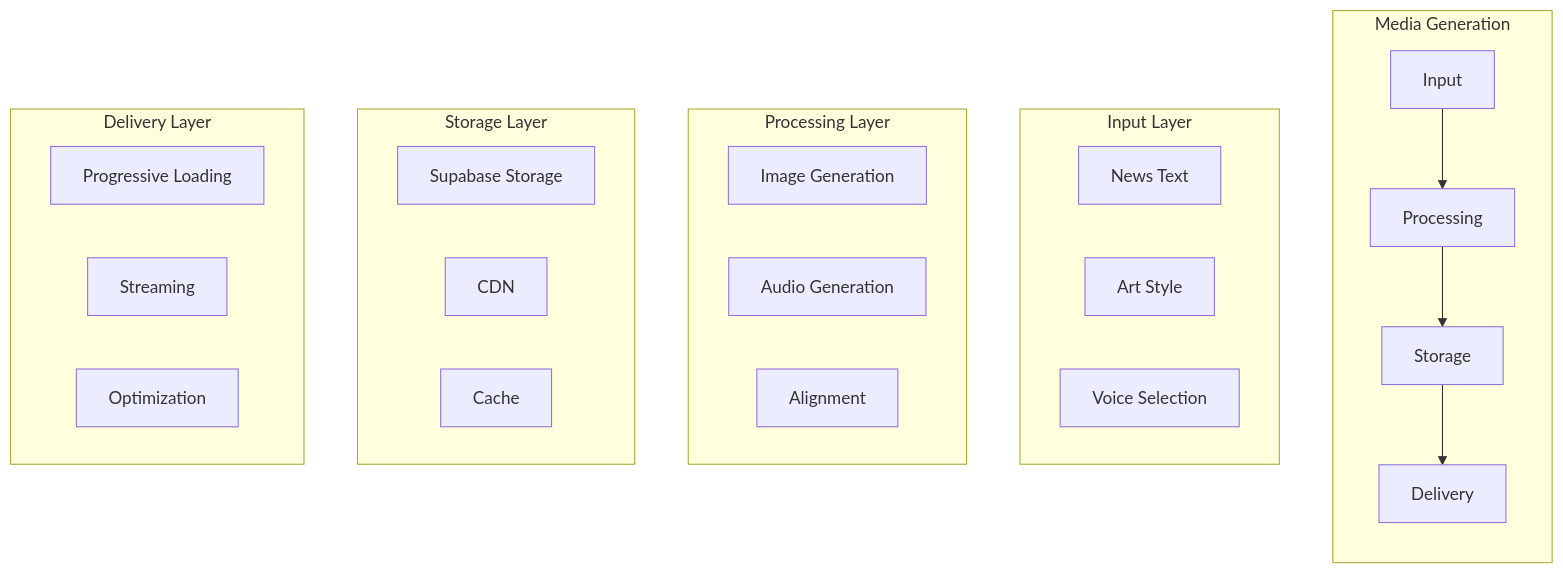
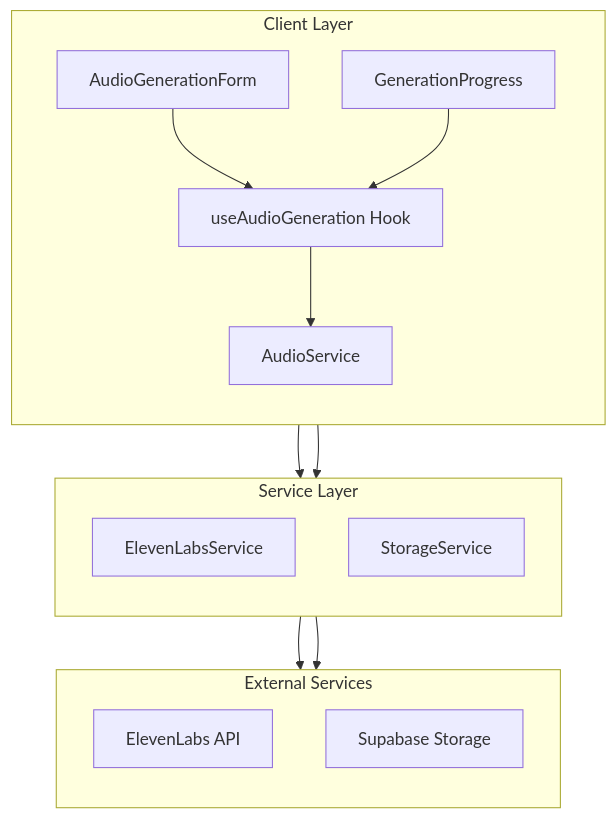
One commit to moisestech/ai24-news changed the first of 15 diagrams in docs/media-generation.md. Above: the diagram before and after it, drawn with Mermaid. The commit also changed other lines of this file and 8 other files, not shown here.

````diff
--- a/docs/media-generation.md
+++ b/docs/media-generation.md
@@ -7,42 +13,32 @@
 ```mermaid
 graph TD
-    subgraph Media["Media Generation"]
+    subgraph Client["Client Layer"]
         direction TB
-        A[Input]:::input
-        B[Processing]:::processing
-        C[Storage]:::storage
-        D[Delivery]:::delivery
+        A[useAudioGeneration Hook]:::hook
+        B[AudioGenerationForm]:::component
+        C[GenerationProgress]:::component
         
-        A --> B
-        B --> C
-        C --> D
+        A --> D[AudioService]
+        B --> A
+        C --> A
     end
 
-    subgraph Input["Input Layer"]
-        direction LR
-        E[News Text]:::input
-        F[Art Style]:::input
-        G[Voice Selection]:::input
+    subgraph Services["Service Layer"]
+        direction TB
+        D[AudioService]:::service
+        E[ElevenLabsService]:::service
+        F[StorageService]:::service
+        
+        D --> E
+        D --> F
     end
 
-    subgraph Processing["Processing Layer"]
-        direction LR
-        H[Image Generation]:::processing
-        I[Audio Generation]:::processing
-        J[Alignment]:::processing
-    end
-
-    subgraph Storage["Storage Layer"]
-        direction LR
-        K[Supabase Storage]:::storage
-        L[CDN]:::storage
-        M[Cache]:::storage
-    end
-
-    subgraph Delivery["Delivery Layer"]
-        direction LR
-        N[Progressive Loading]:::delivery
-        O[Streaming]:::delivery
-        P[Optimization]:::delivery
+    subgraph External["External Services"]
+        direction TB
+        G[ElevenLabs API]:::api
+        H[Supabase Storage]:::storage
+        
+        E --> G
+        F --> H
     end
 ```
````
